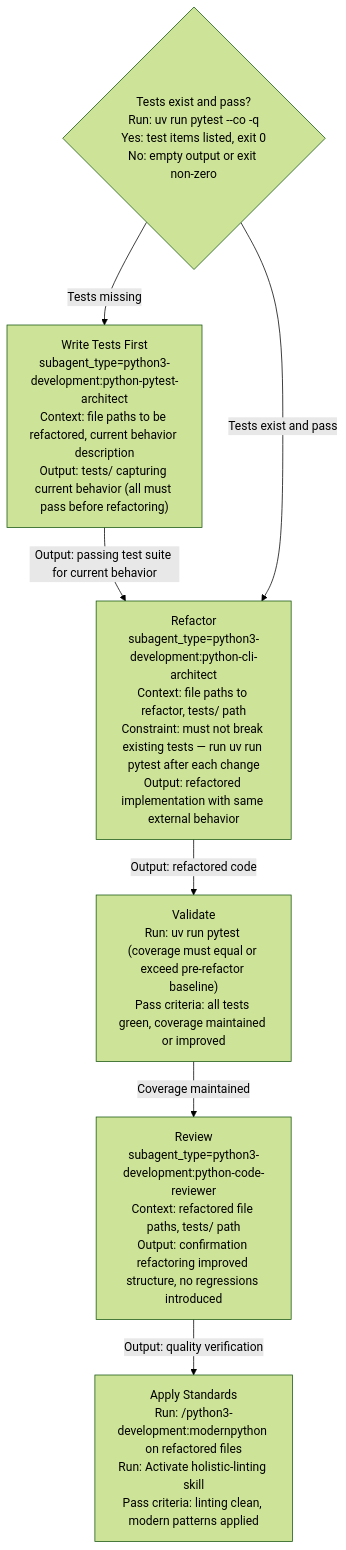
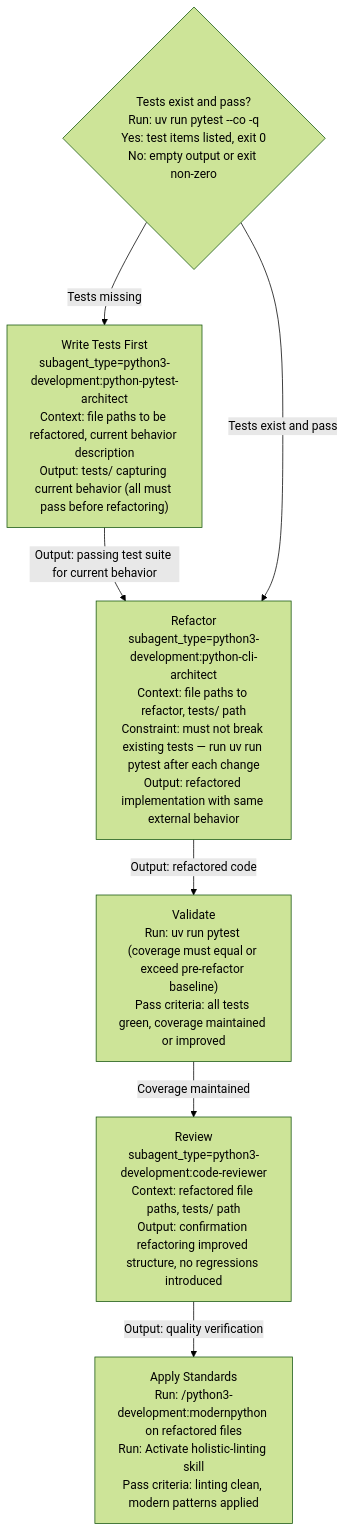
The fourth of 6 diagrams in plugins/python3-development/skills/python3-development/references/python-development-orchestration.md (chgreer1070/claude_skills), drawn with Mermaid (forest theme) before and after one commit. The commit also changed other lines of this file and 93 other files, not shown here.

````diff
--- a/plugins/python3-development/skills/python3-development/references/python-development-orchestration.md
+++ b/plugins/python3-development/skills/python3-development/references/python-development-orchestration.md
@@ -146,15 +146,15 @@
 ```mermaid
 flowchart TD
     S1{"Tests exist and pass?<br>Run: uv run pytest --co -q<br>Yes: test items listed, exit 0<br>No: empty output or exit non-zero"}
     S1a["Write Tests First<br>subagent_type=python3-development:python-pytest-architect<br>Context: file paths to be refactored, current behavior description<br>Output: tests/ capturing current behavior (all must pass before refactoring)"]
     S2["Refactor<br>subagent_type=python3-development:python-cli-architect<br>Context: file paths to refactor, tests/ path<br>Constraint: must not break existing tests — run uv run pytest after each change<br>Output: refactored implementation with same external behavior"]
     S3["Validate<br>Run: uv run pytest (coverage must equal or exceed pre-refactor baseline)<br>Pass criteria: all tests green, coverage maintained or improved"]
-    S4["Review<br>subagent_type=python3-development:python-code-reviewer<br>Context: refactored file paths, tests/ path<br>Output: confirmation refactoring improved structure, no regressions introduced"]
+    S4["Review<br>subagent_type=python3-development:code-reviewer<br>Context: refactored file paths, tests/ path<br>Output: confirmation refactoring improved structure, no regressions introduced"]
     S5["Apply Standards<br>Run: /python3-development:modernpython on refactored files<br>Run: Activate holistic-linting skill<br>Pass criteria: linting clean, modern patterns applied"]
     S1 -->|"Tests missing"| S1a
     S1a -->|"Output: passing test suite for current behavior"| S2
     S1 -->|"Tests exist and pass"| S2
     S2 -->|"Output: refactored code"| S3
     S3 -->|"Coverage maintained"| S4
     S4 -->|"Output: quality verification"| S5
 ```
````
